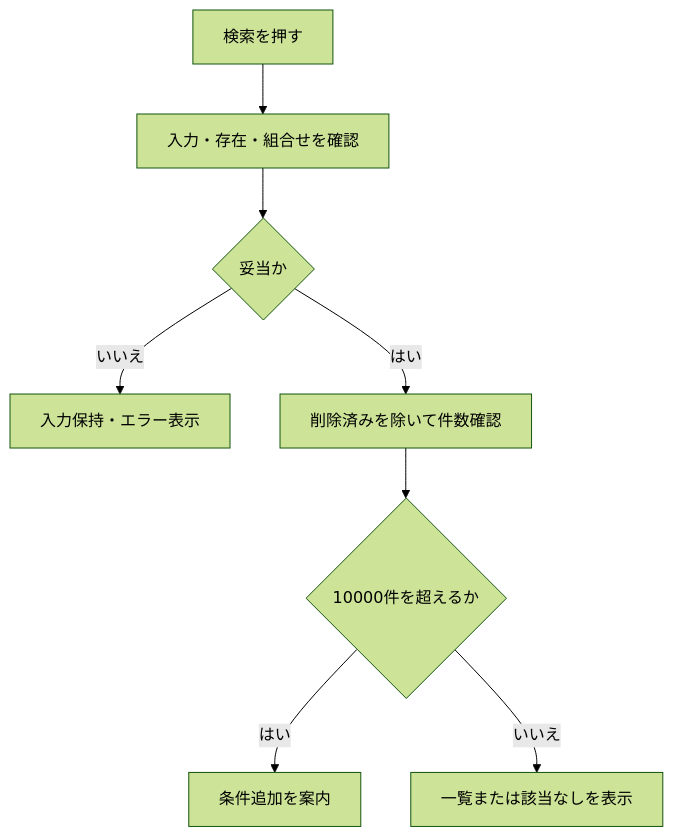
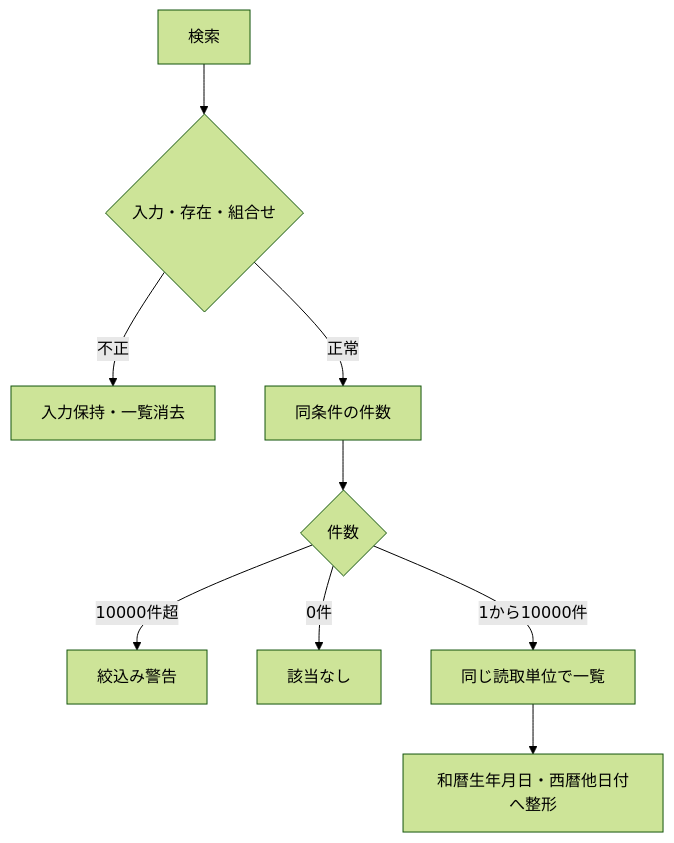
Before and after one commit to tujinrong/contextbase-evaluation: the fourth of 12 diagrams in spec/基本設計書/01_学生検索画面.md, drawn with Mermaid (forest theme). The commit also changed other lines of this file and 50 other files, not shown here.

````diff
--- a/spec/基本設計書/01_学生検索画面.md
+++ b/spec/基本設計書/01_学生検索画面.md
@@ -134,10 +257,11 @@
 ```mermaid
 flowchart TD
-    開始[検索を押す] --> 検査[入力・存在・組合せを確認]
-    検査 --> 正常{妥当か}
-    正常 -->|いいえ| エラー[入力保持・エラー表示]
-    正常 -->|はい| 件数[削除済みを除いて件数確認]
-    件数 --> 上限{10000件を超えるか}
-    上限 -->|はい| 絞込[条件追加を案内]
-    上限 -->|いいえ| 結果[一覧または該当なしを表示]
+    A[検索] --> B{入力・存在・組合せ}
+    B -->|不正| X[入力保持・一覧消去]
+    B -->|正常| C[同条件の件数]
+    C --> D{件数}
+    D -->|10000件超| W[絞込み警告]
+    D -->|0件| Z[該当なし]
+    D -->|1から10000件| E[同じ読取単位で一覧]
+    E --> F[和暦生年月日・西暦他日付へ整形]
 ```
````
